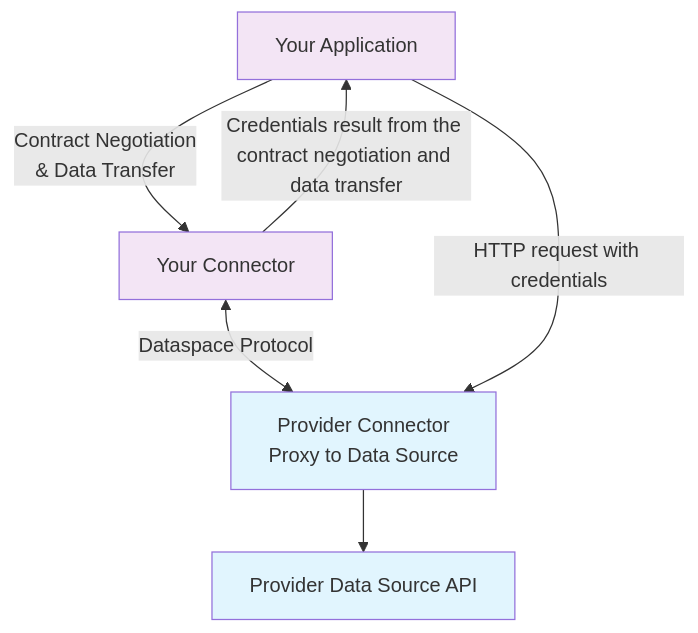
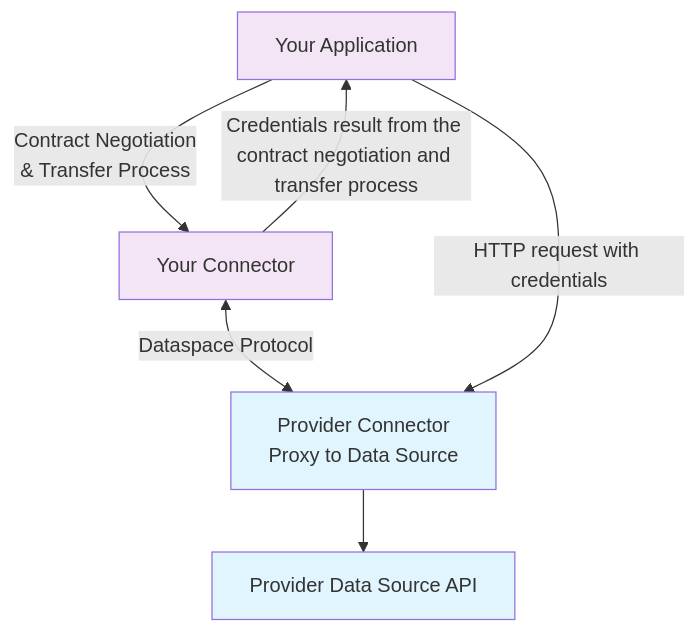
Before and after one commit to Data-Cellar/data-cellar-connector-test-script: the diagram in README.md, drawn with Mermaid.

Commit message:
📝 Update README to clarify terminology

````diff
--- a/README.md
+++ b/README.md
@@ -19,23 +19,23 @@
 ```mermaid
 graph TD
   %% External
   Provider[Provider Connector<br/>Proxy to Data Source]
   DataSource[Provider Data Source API]
 
   %% Your side
   App[Your Application]
   YourConnector[Your Connector]
 
   %% Flow
-  App -->|Contract Negotiation<br/>& Data Transfer| YourConnector
+  App -->|Contract Negotiation<br/>& Transfer Process| YourConnector
   YourConnector <-->|Dataspace Protocol| Provider
-  YourConnector -->|Credentials result from the contract negotiation and data transfer| App
+  YourConnector -->|Credentials result from the contract negotiation and transfer process| App
   App -->|HTTP request with credentials| Provider --> DataSource
 
   %% Styling
   classDef external fill:#e1f5fe
   classDef yours fill:#f3e5f5
 
   class Provider,DataSource external
   class App,YourConnector yours
 ```
````
